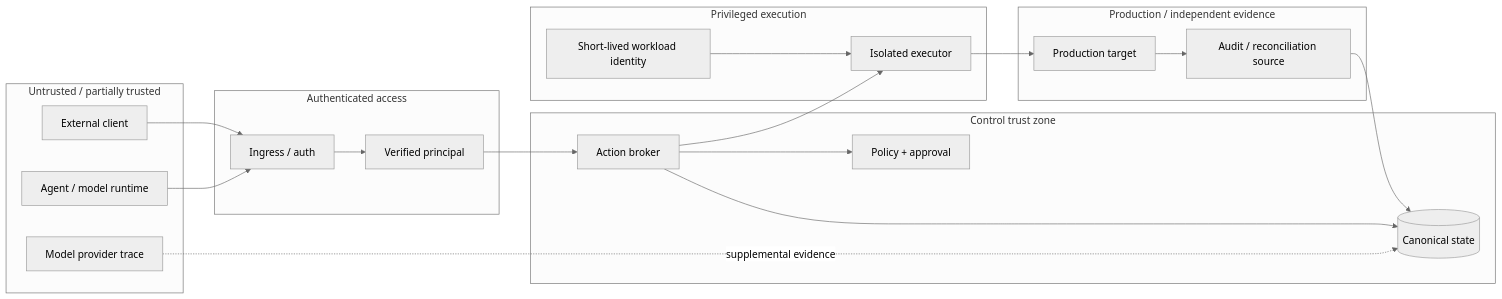
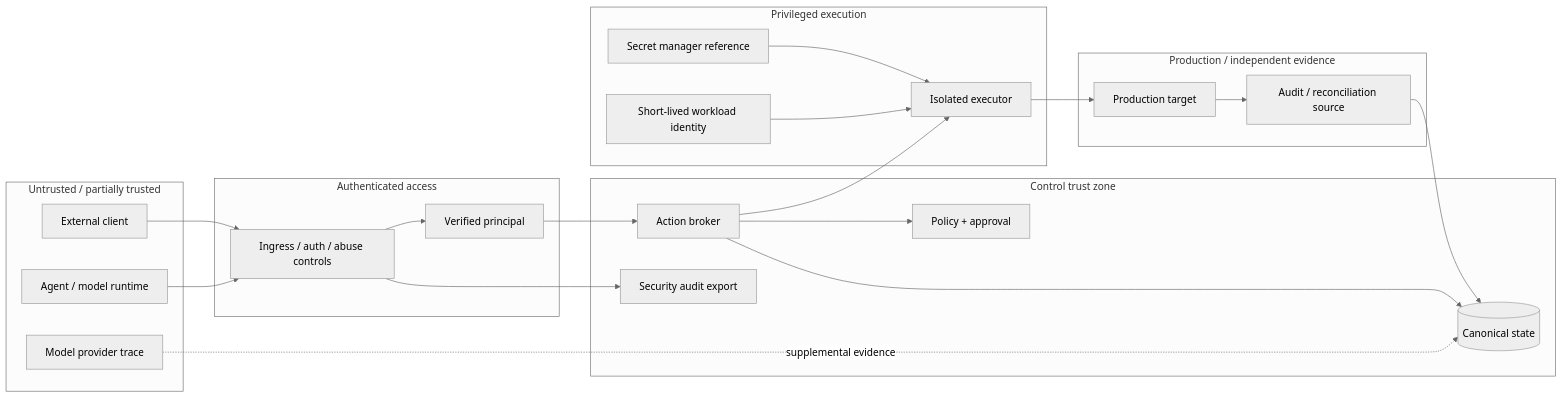
One commit to ProdKit-dev/prodkit-control changed the diagram in docs/security/threat-model.md. Above: the diagram before and after it, drawn with Mermaid (neutral theme). The commit also changed other lines of this file and 93 other files, not shown here.

````diff
--- a/docs/security/threat-model.md
+++ b/docs/security/threat-model.md
@@ -26,41 +31,45 @@
 ```mermaid
 flowchart LR
     subgraph U[Untrusted / partially trusted]
         Agent[Agent / model runtime]
         Client[External client]
         Provider[Model provider trace]
     end
 
     subgraph A[Authenticated access]
-        Gateway[Ingress / auth]
+        Gateway[Ingress / auth / abuse controls]
         Principal[Verified principal]
     end
 
     subgraph C[Control trust zone]
         Broker[Action broker]
         Policy[Policy + approval]
         Ledger[(Canonical state)]
+        SecAudit[Security audit export]
     end
 
     subgraph E[Privileged execution]
         Executor[Isolated executor]
         Credentials[Short-lived workload identity]
+        Secrets[Secret manager reference]
     end
 
     subgraph P[Production / independent evidence]
         Target[Production target]
         Audit[Audit / reconciliation source]
     end
 
     Agent --> Gateway
     Client --> Gateway
     Provider -. supplemental evidence .-> Ledger
     Gateway --> Principal --> Broker
+    Gateway --> SecAudit
     Broker --> Policy
     Broker --> Ledger
     Broker --> Executor
     Credentials --> Executor
+    Secrets --> Executor
     Executor --> Target
     Target --> Audit
     Audit --> Ledger
 ```
````
